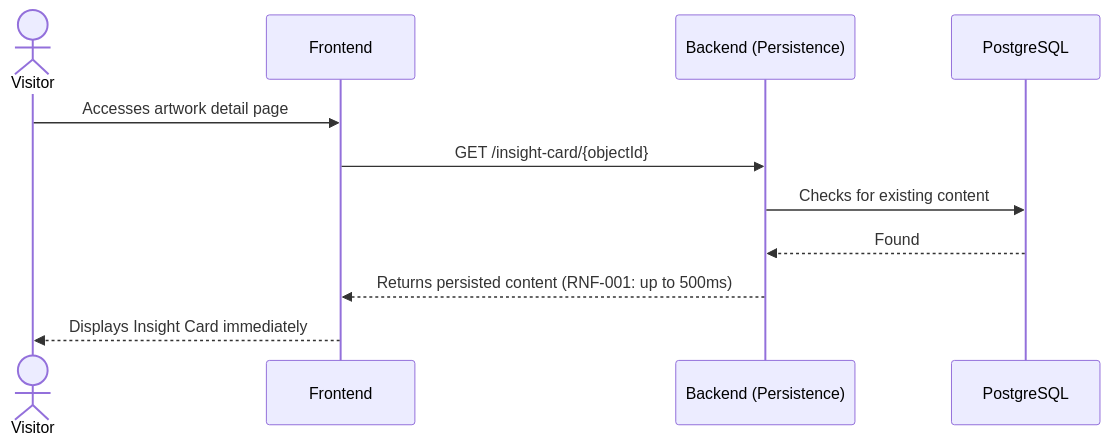
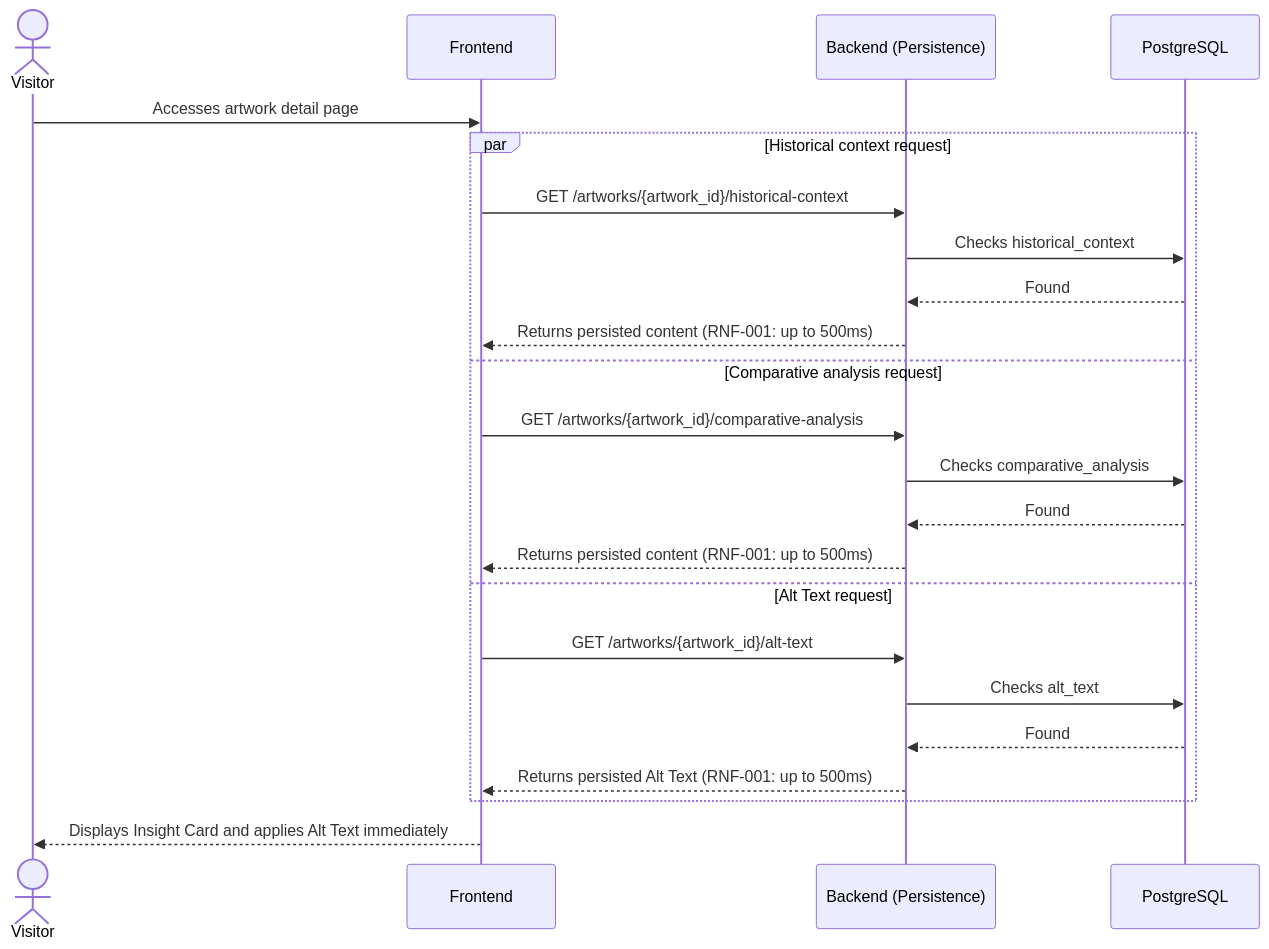
Before and after one commit to Jeferson-Filho/Art-Archive-Front-AI: the fourth of 7 diagrams in documentation/specs/04-architecture.md, drawn with Mermaid. The commit also changed other lines of this file and 10 other files, not shown here.

````diff
--- a/documentation/specs/04-architecture.md
+++ b/documentation/specs/04-architecture.md
@@ -163,14 +199,26 @@
 ```mermaid
 sequenceDiagram
     actor V as Visitor
     participant FE as Frontend
     participant BE as Backend (Persistence)
     participant DB as PostgreSQL
 
     V->>FE: Accesses artwork detail page
-    FE->>BE: GET /insight-card/{objectId}
-    BE->>DB: Checks for existing content
-    DB-->>BE: Found
-    BE-->>FE: Returns persisted content (RNF-001: up to 500ms)
-    FE-->>V: Displays Insight Card immediately
+    par Historical context request
+        FE->>BE: GET /artworks/{artwork_id}/historical-context
+        BE->>DB: Checks historical_context
+        DB-->>BE: Found
+        BE-->>FE: Returns persisted content (RNF-001: up to 500ms)
+    and Comparative analysis request
+        FE->>BE: GET /artworks/{artwork_id}/comparative-analysis
+        BE->>DB: Checks comparative_analysis
+        DB-->>BE: Found
+        BE-->>FE: Returns persisted content (RNF-001: up to 500ms)
+    and Alt Text request
+        FE->>BE: GET /artworks/{artwork_id}/alt-text
+        BE->>DB: Checks alt_text
+        DB-->>BE: Found
+        BE-->>FE: Returns persisted Alt Text (RNF-001: up to 500ms)
+    end
+    FE-->>V: Displays Insight Card and applies Alt Text immediately
 ```
````
